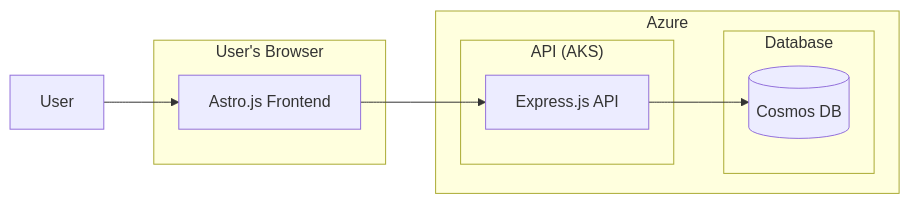
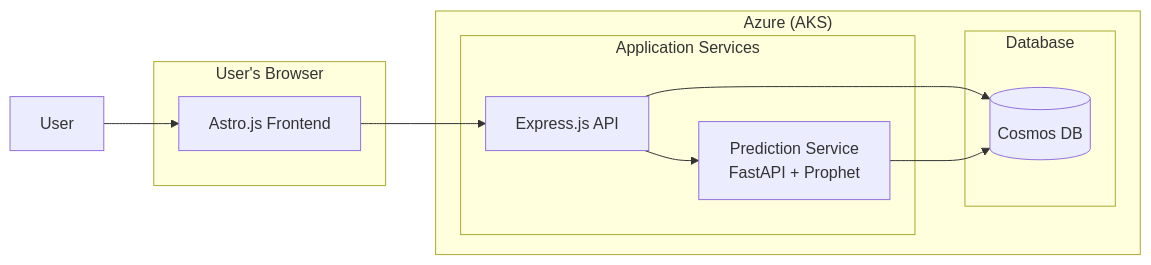
Before and after one commit to StamenchoBog/block-of-energy: the diagram in README.md, drawn with Mermaid. The commit also changed other lines of this file and 12 other files, not shown here.

````diff
--- a/README.md
+++ b/README.md
@@ -85,19 +96,22 @@
 ```mermaid
 graph LR
     subgraph "User's Browser"
         Frontend[Astro.js Frontend]
     end
 
-    subgraph "Azure"
-        subgraph "API (AKS)"
+    subgraph "Azure (AKS)"
+        subgraph "Application Services"
             API[Express.js API]
+            Prediction[Prediction Service<br/>FastAPI + Prophet]
         end
         subgraph "Database"
             DB[(Cosmos DB)]
         end
     end
 
     User --> Frontend
     Frontend --> API
     API --> DB
+    API --> Prediction
+    Prediction --> DB
 ```
````
